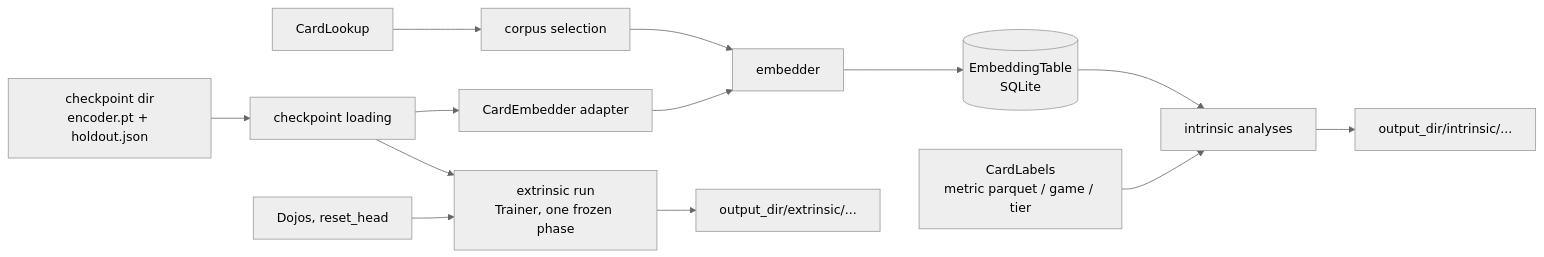
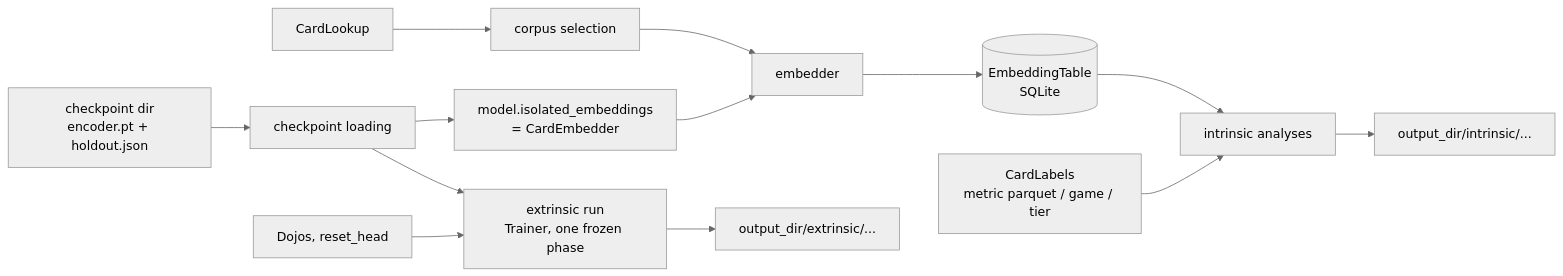
Before and after one commit to toon-leader-bacon/TradingCardGameEmbeddings: the diagram in plans/evaluation.md, drawn with Mermaid (neutral theme). The commit also changed other lines of this file and 10 other files, not shown here.

````diff
--- a/plans/evaluation.md
+++ b/plans/evaluation.md
@@ -73,15 +73,15 @@
 ```mermaid
 flowchart LR
     CK[checkpoint dir<br/>encoder.pt + holdout.json] --> L[checkpoint loading]
     CB[CardLookup] --> C[corpus selection]
-    L --> AD[CardEmbedder adapter]
+    L --> AD[model.isolated_embeddings<br/>= CardEmbedder]
     C --> E[embedder]
     AD --> E
     E --> T[(EmbeddingTable<br/>SQLite)]
     T --> A[intrinsic analyses]
     LB[CardLabels<br/>metric parquet / game / tier] --> A
     A --> O[output_dir/intrinsic/...]
     L --> X[extrinsic run<br/>Trainer, one frozen phase]
     D[Dojos, reset_head] --> X
     X --> O2[output_dir/extrinsic/...]
 ```
````
